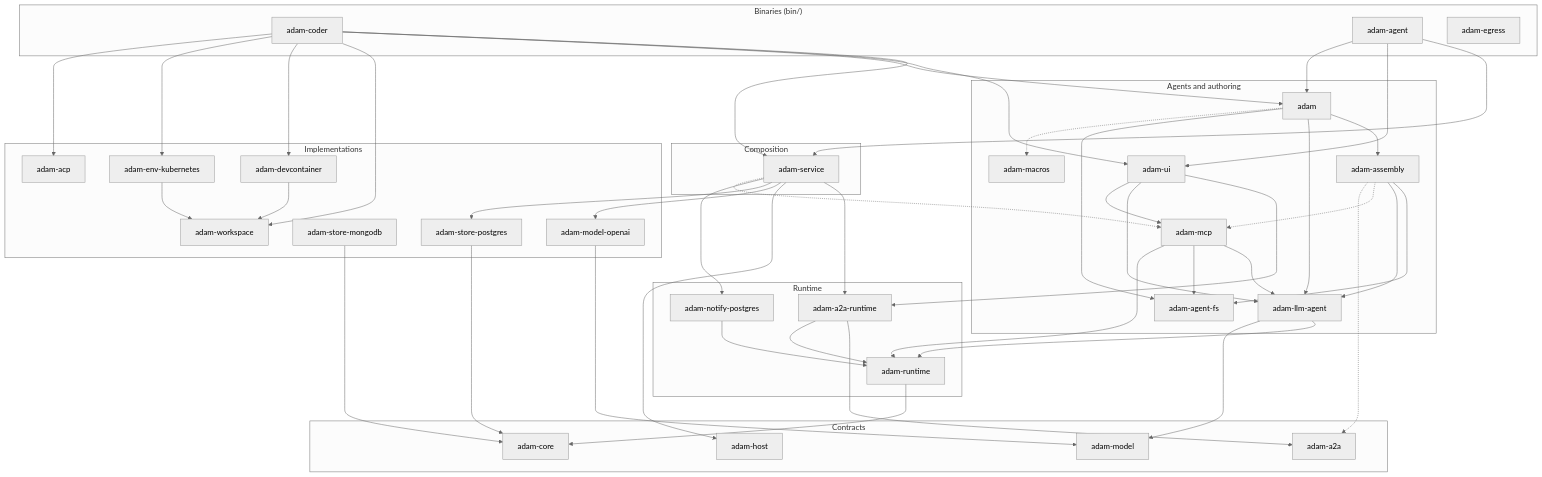
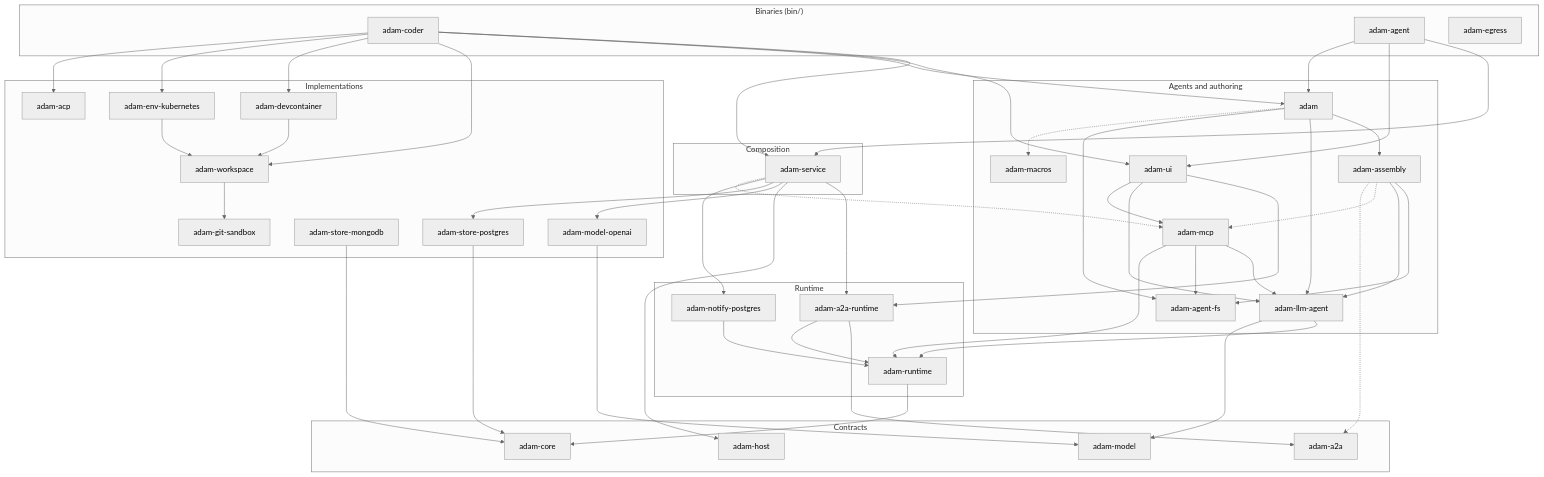
Before and after one commit to vymalo/another-adam-rs: the first of 19 diagrams in docs/architecture.md, drawn with Mermaid (neutral theme). The commit also changed other lines of this file and 41 other files, not shown here.

First line of the commit message:
feat(git-sandbox): the coder's local git runs where no secret is (#136)

````diff
--- a/docs/architecture.md
+++ b/docs/architecture.md
@@ -78,6 +78,7 @@
         mongo["adam-store-mongodb"]
         openai["adam-model-openai"]
         ws["adam-workspace"]
+        gitsb["adam-git-sandbox"]
         devc["adam-devcontainer"]
         kube["adam-env-kubernetes"]
         acp["adam-acp"]
@@ -122,6 +123,7 @@
     pg --> core
     mongo --> core
     openai --> model
+    ws --> gitsb
     devc --> ws
     kube --> ws
 ```
````
